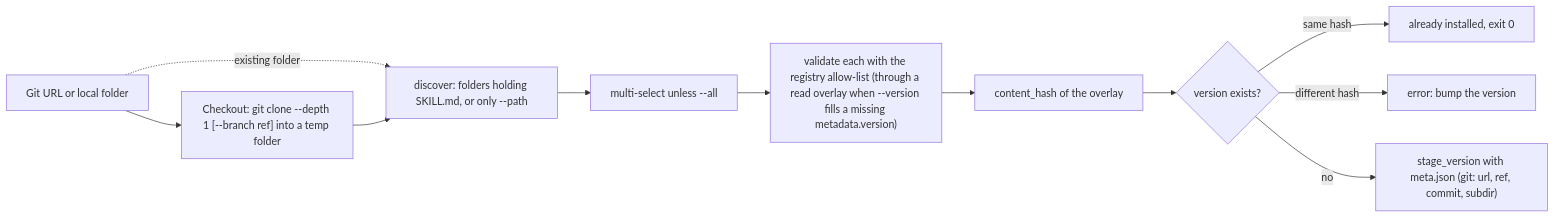
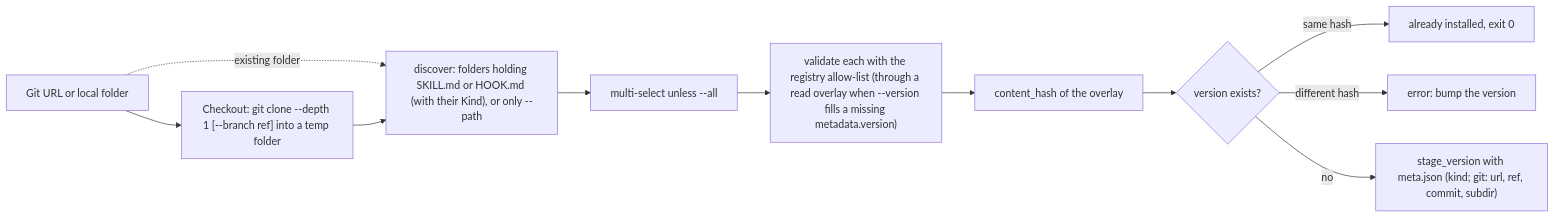
Before and after one commit to abindran/skillctl: the fifth of 5 diagrams in wiki/Storage-and-Registry.md, drawn with Mermaid. The commit also changed other lines of this file and 26 other files, not shown here.

````diff
--- a/wiki/Storage-and-Registry.md
+++ b/wiki/Storage-and-Registry.md
@@ -147,13 +151,13 @@
 ```mermaid
 flowchart LR
     S["Git URL or local folder"] --> C["Checkout: git clone --depth 1 [--branch ref] into a temp folder"]
     S -. "existing folder" .-> D
-    C --> D["discover: folders holding SKILL.md, or only --path"]
+    C --> D["discover: folders holding SKILL.md or HOOK.md (with their Kind), or only --path"]
     D --> P["multi-select unless --all"]
     P --> V["validate each with the registry allow-list (through a read overlay when --version fills a missing metadata.version)"]
     V --> H["content_hash of the overlay"]
     H --> X{"version exists?"}
     X -- "same hash" --> A["already installed, exit 0"]
     X -- "different hash" --> E["error: bump the version"]
-    X -- no --> ST["stage_version with meta.json (git: url, ref, commit, subdir)"]
+    X -- no --> ST["stage_version with meta.json (kind; git: url, ref, commit, subdir)"]
 ```
````
